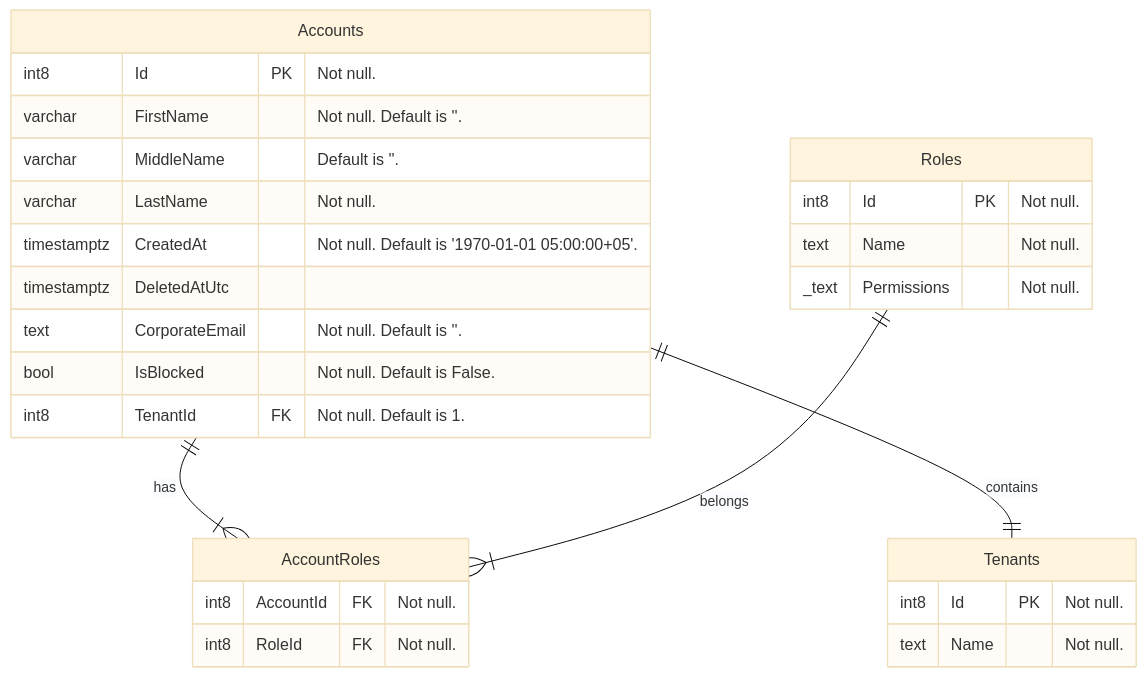
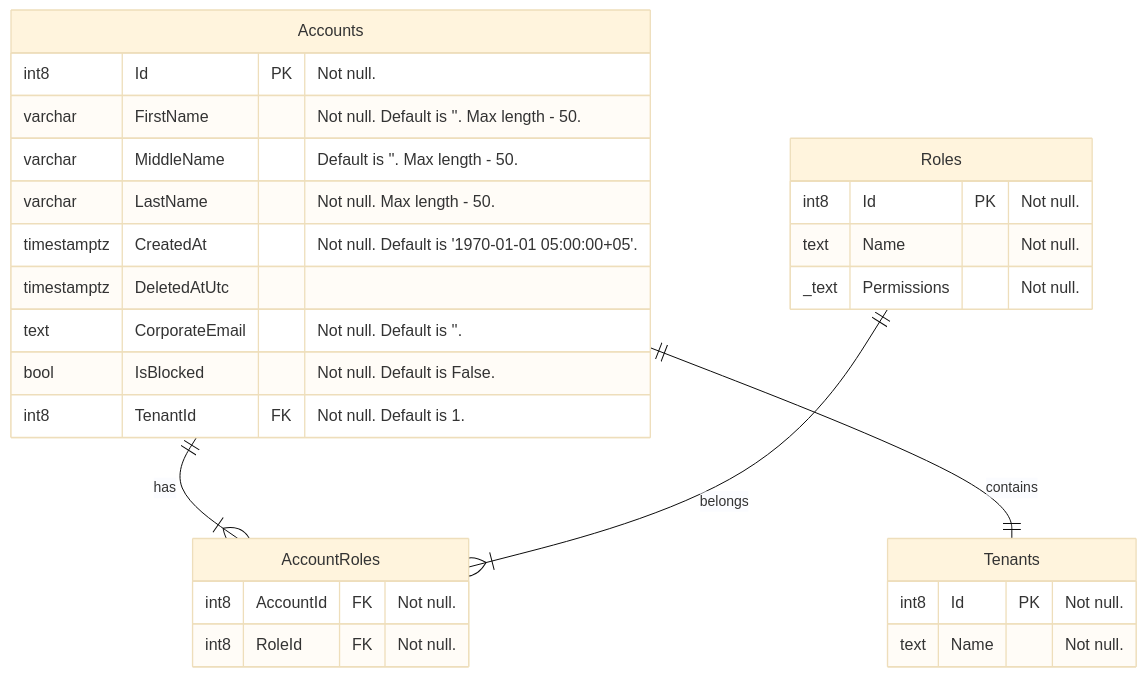
The diagram in README.md (TourmalineCore/accounts-api), drawn with Mermaid (base theme) before and after one commit.

Commit message:
docs(database): add max length of first, middle and last name

````diff
--- a/README.md
+++ b/README.md
@@ -21,37 +21,37 @@
 ```mermaid
 erDiagram
     Accounts{
         int8 Id PK "Not null."
-        varchar FirstName "Not null. Default is ''."
-        varchar MiddleName "Default is ''."
-        varchar LastName "Not null."
+        varchar FirstName "Not null. Default is ''. Max length - 50."
+        varchar MiddleName "Default is ''. Max length - 50."
+        varchar LastName "Not null. Max length - 50."
         timestamptz CreatedAt "Not null. Default is '1970-01-01 05:00:00+05'."
         timestamptz DeletedAtUtc 
         text CorporateEmail "Not null. Default is ''."
         bool IsBlocked "Not null. Default is False."
         int8 TenantId FK "Not null. Default is 1."
     }
 
     Roles{
         int8 Id PK "Not null."
         text Name "Not null."
         _text Permissions "Not null."
 
     }
 
     Tenants{
         int8 Id PK "Not null."
         text Name "Not null."
     }
 
     AccountRoles{
         int8 AccountId FK "Not null."
         int8 RoleId FK "Not null."
     }
 
 
     Accounts ||--|{ AccountRoles : has
     Roles ||--|{ AccountRoles : belongs
     Accounts ||--|| Tenants : contains
 
 ```
````
